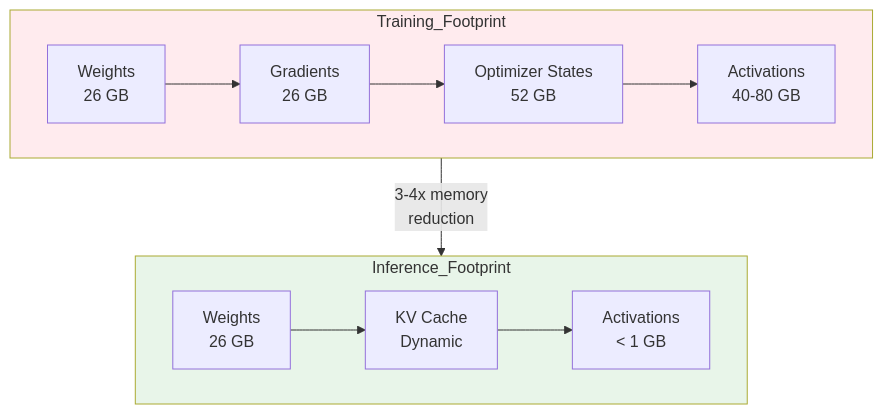
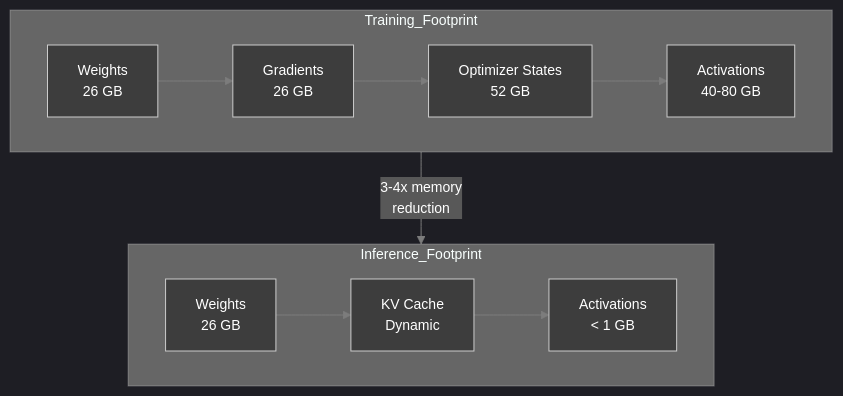
One commit to Shahriarin2garden/vllm_from_scratch changed the fourth of 14 diagrams in lab0.1/lab 0.111.md. Above: the diagram before and after it, drawn with Mermaid. The commit also changed other lines of this file and 2 other files, not shown here.

````diff
--- a/lab0.1/lab 0.111.md
+++ b/lab0.1/lab 0.111.md
@@ -432,20 +492,18 @@
 ```mermaid
+%%{init: {'theme':'dark', 'themeVariables': { 'primaryColor':'#3d3d3d','primaryTextColor':'#fff','primaryBorderColor':'#7c7c7c','lineColor':'#7c7c7c','secondaryColor':'#4a4a4a','tertiaryColor':'#3d3d3d','background':'#2d2d2d','mainBkg':'#3d3d3d','secondBkg':'#4a4a4a','textColor':'#fff','fontSize':'14px'}}}%%
 graph TD
     subgraph Training_Footprint
         direction LR
         T1[Weights<br/>26 GB] --> T2[Gradients<br/>26 GB]
         T2 --> T3[Optimizer States<br/>52 GB]
         T3 --> T4[Activations<br/>40-80 GB]
     end
 
     subgraph Inference_Footprint
         direction LR
         I1[Weights<br/>26 GB] --> I2[KV Cache<br/>Dynamic]
         I2 --> I3[Activations<br/>< 1 GB]
     end
 
     Training_Footprint -->|"3-4x memory<br/>reduction"| Inference_Footprint
-
-    style Training_Footprint fill:#ffebee
-    style Inference_Footprint fill:#e8f5e9
 ```
````
